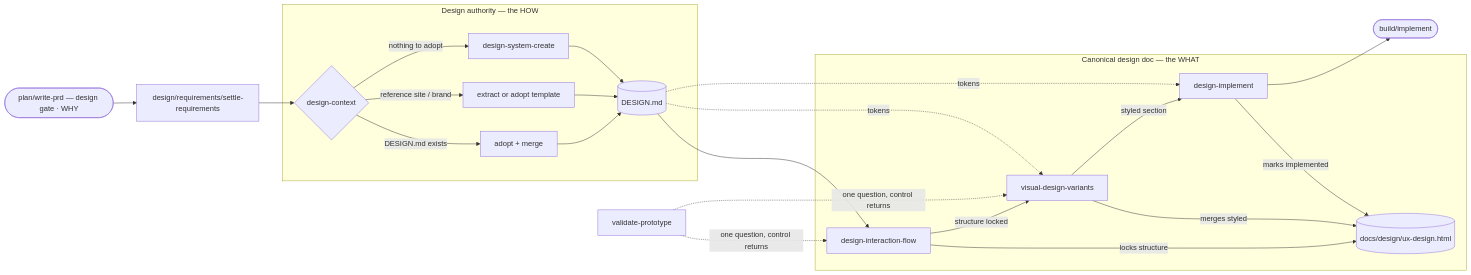
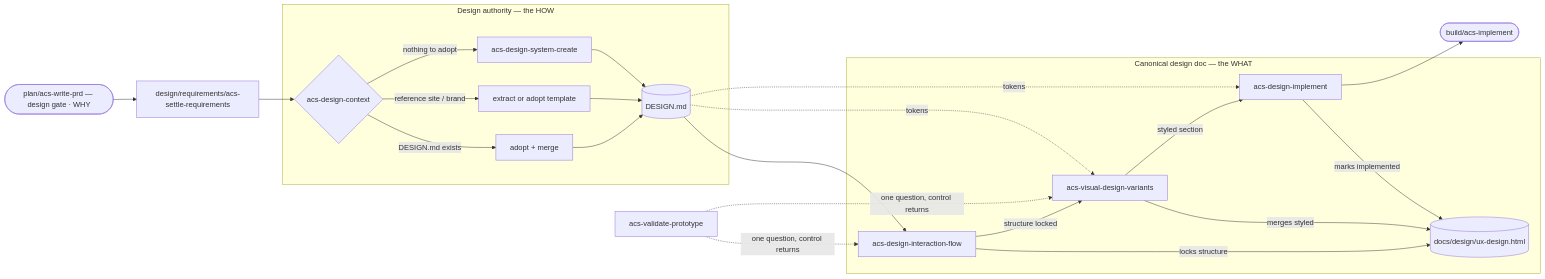
The first of 2 diagrams in system/skills-src/design/ux/README.md (XinheLIU/agent-coding-skills), drawn with Mermaid before and after one commit. The commit also changed other lines of this file and 445 other files, not shown here.

````diff
--- a/system/skills-src/design/ux/README.md
+++ b/system/skills-src/design/ux/README.md
@@ -21,27 +21,27 @@
 ```mermaid
 flowchart LR
-    PRD(["plan/write-prd — design gate · WHY"]) --> SR[design/requirements/settle-requirements] --> DC{design-context}
+    PRD(["plan/acs-write-prd — design gate · WHY"]) --> SR[design/requirements/acs-settle-requirements] --> DC{acs-design-context}
 
     subgraph TOK["Design authority — the HOW"]
         DC -->|DESIGN.md exists| ADOPT[adopt + merge]
         DC -->|reference site / brand| EXTRACT[extract or adopt template]
-        DC -->|nothing to adopt| DSC[design-system-create]
+        DC -->|nothing to adopt| DSC[acs-design-system-create]
         ADOPT --> AUTH[("DESIGN.md")]
         EXTRACT --> AUTH
         DSC --> AUTH
     end
 
     subgraph PROTOHTML["Canonical design doc — the WHAT"]
-        IXD[design-interaction-flow] -->|locks structure| SEC[("docs/design/ux-design.html")]
-        VDV[visual-design-variants] -->|merges styled| SEC
-        IMPL[design-implement] -->|marks implemented| SEC
+        IXD[acs-design-interaction-flow] -->|locks structure| SEC[("docs/design/ux-design.html")]
+        VDV[acs-visual-design-variants] -->|merges styled| SEC
+        IMPL[acs-design-implement] -->|marks implemented| SEC
     end
 
     AUTH --> IXD
     IXD -->|structure locked| VDV
     VDV -->|styled section| IMPL
-    IMPL --> OUT(["build/implement"])
+    IMPL --> OUT(["build/acs-implement"])
 
     AUTH -.->|tokens| VDV & IMPL
-    PROTO[validate-prototype] -.->|one question, control returns| IXD & VDV
+    PROTO[acs-validate-prototype] -.->|one question, control returns| IXD & VDV
 ```
````
